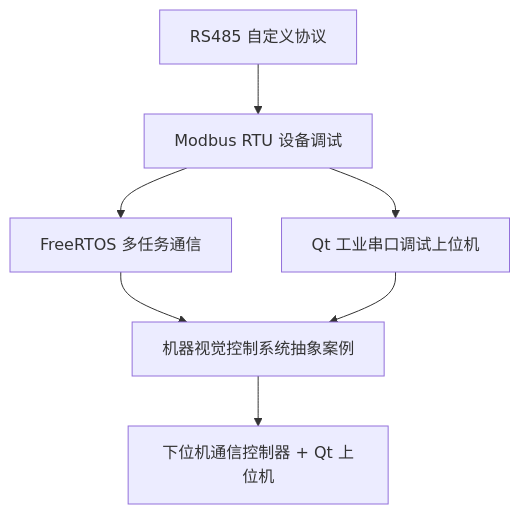
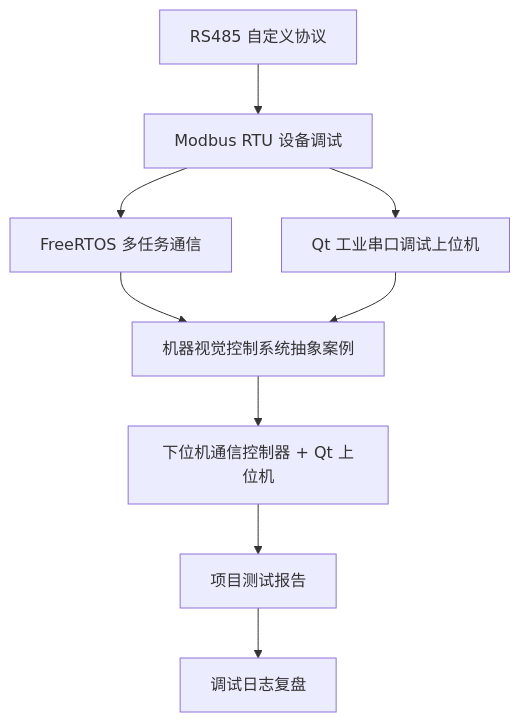
Before and after one commit to gccnb/Embedded-Career-Roadmap: the diagram in 08_项目实战/README.md, drawn with Mermaid. The commit also changed other lines of this file and 4 other files, not shown here.

````diff
--- a/08_项目实战/README.md
+++ b/08_项目实战/README.md
@@ -22,9 +24,11 @@
 ```mermaid
 flowchart TD
     A["RS485 自定义协议"] --> B["Modbus RTU 设备调试"]
     B --> C["FreeRTOS 多任务通信"]
     B --> D["Qt 工业串口调试上位机"]
     C --> E["机器视觉控制系统抽象案例"]
     D --> E
     E --> F["下位机通信控制器 + Qt 上位机"]
+    F --> G["项目测试报告"]
+    G --> H["调试日志复盘"]
 ```
````
